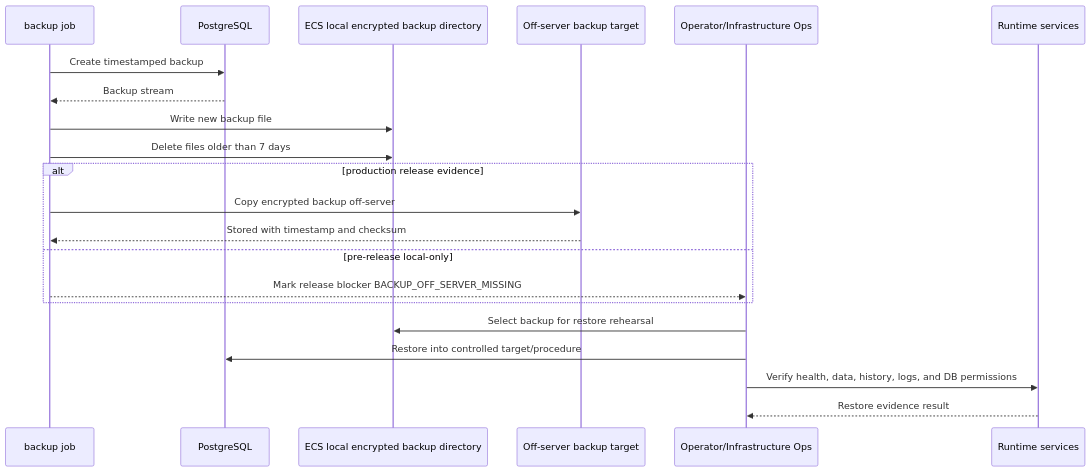
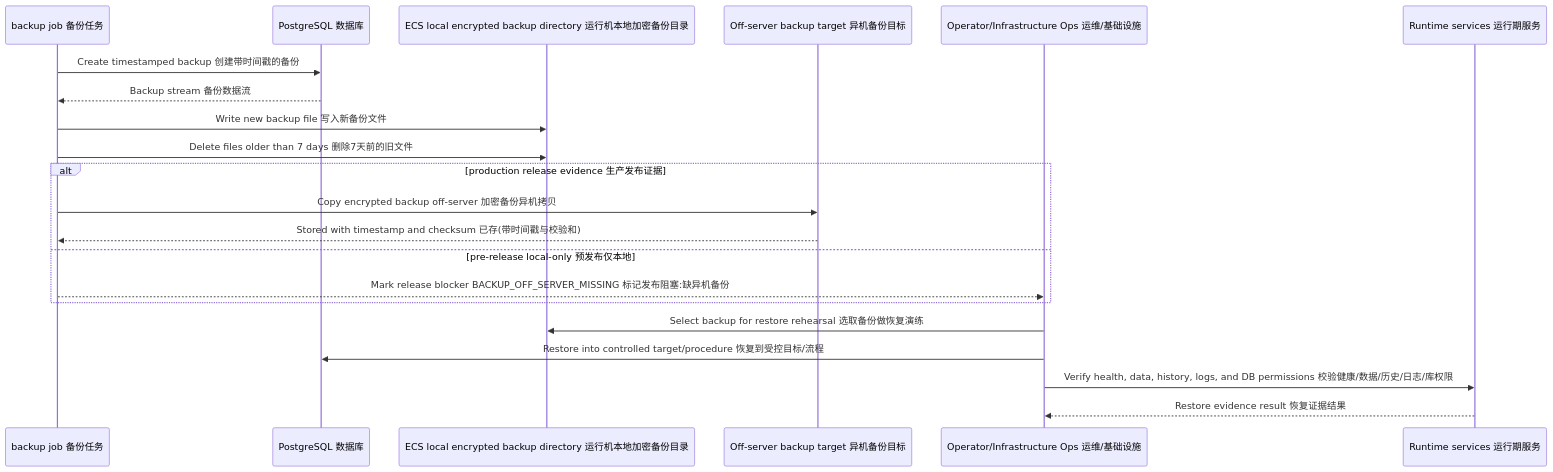
Before and after one commit to Neil996777/crm-system: the tenth of 14 diagrams in docs/architecture/architecture.md, drawn with Mermaid. The commit also changed other lines of this file and 33 other files, not shown here.

````diff
--- a/docs/architecture/architecture.md
+++ b/docs/architecture/architecture.md
@@ -415,24 +415,24 @@
 ```mermaid
 sequenceDiagram
-  participant B as backup job
-  participant DB as PostgreSQL
-  participant FS as ECS local encrypted backup directory
-  participant X as Off-server backup target
-  participant O as Operator/Infrastructure Ops
-  participant S as Runtime services
+  participant B as backup job 备份任务
+  participant DB as PostgreSQL 数据库
+  participant FS as ECS local encrypted backup directory 运行机本地加密备份目录
+  participant X as Off-server backup target 异机备份目标
+  participant O as Operator/Infrastructure Ops 运维/基础设施
+  participant S as Runtime services 运行期服务
 
-  B->>DB: Create timestamped backup
-  DB-->>B: Backup stream
-  B->>FS: Write new backup file
-  B->>FS: Delete files older than 7 days
-  alt production release evidence
-    B->>X: Copy encrypted backup off-server
-    X-->>B: Stored with timestamp and checksum
-  else pre-release local-only
-    B-->>O: Mark release blocker BACKUP_OFF_SERVER_MISSING
+  B->>DB: Create timestamped backup 创建带时间戳的备份
+  DB-->>B: Backup stream 备份数据流
+  B->>FS: Write new backup file 写入新备份文件
+  B->>FS: Delete files older than 7 days 删除7天前的旧文件
+  alt production release evidence 生产发布证据
+    B->>X: Copy encrypted backup off-server 加密备份异机拷贝
+    X-->>B: Stored with timestamp and checksum 已存(带时间戳与校验和)
+  else pre-release local-only 预发布仅本地
+    B-->>O: Mark release blocker BACKUP_OFF_SERVER_MISSING 标记发布阻塞:缺异机备份
   end
-  O->>FS: Select backup for restore rehearsal
-  O->>DB: Restore into controlled target/procedure
-  O->>S: Verify health, data, history, logs, and DB permissions
-  S-->>O: Restore evidence result
+  O->>FS: Select backup for restore rehearsal 选取备份做恢复演练
+  O->>DB: Restore into controlled target/procedure 恢复到受控目标/流程
+  O->>S: Verify health, data, history, logs, and DB permissions 校验健康/数据/历史/日志/库权限
+  S-->>O: Restore evidence result 恢复证据结果
 ```
````
